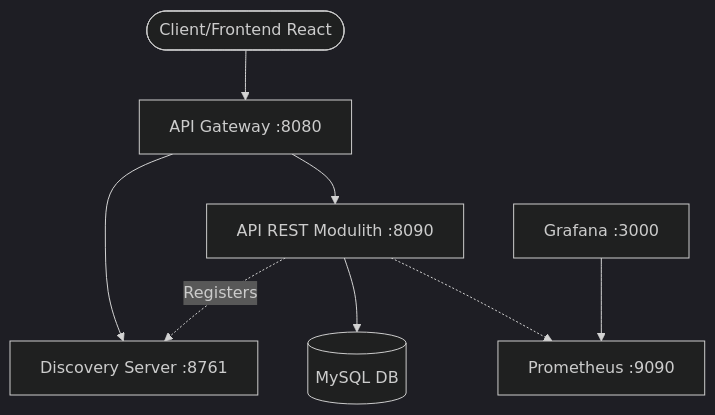
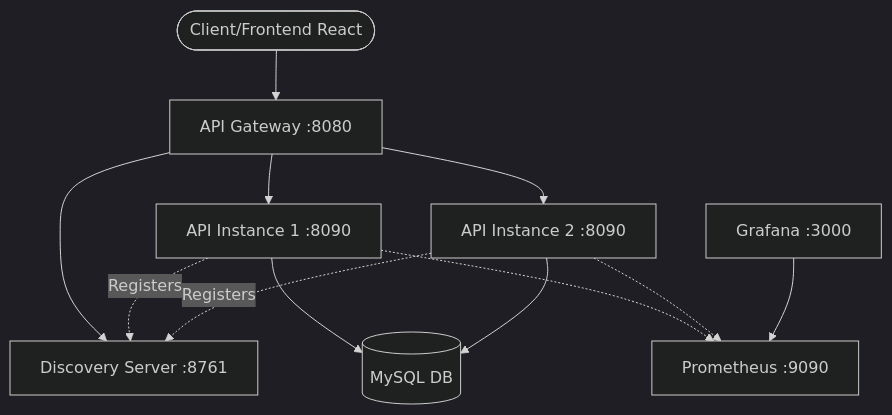
The diagram in README.md (juanmorschrott/api-rest), drawn with Mermaid (dark theme) before and after one commit. The commit also changed other lines of this file and 17 other files, not shown here.

````diff
--- a/README.md
+++ b/README.md
@@ -17,10 +18,14 @@
 ```mermaid
 graph TD
     Client([Client/Frontend React]) --> Gateway[API Gateway :8080]
     Gateway --> Discovery[Discovery Server :8761]
-    Gateway --> API[API REST Modulith :8090]
-    API -.-> |Registers| Discovery
-    API --> DB[(MySQL DB)]
-    API -.-> Prometheus[Prometheus Metrics]
+    Gateway --> API1[API Instance 1 :8090]
+    Gateway --> API2[API Instance 2 :8090]
+    API1 -.-> |Registers| Discovery
+    API2 -.-> |Registers| Discovery
+    API1 --> DB[(MySQL DB)]
+    API2 --> DB[(MySQL DB)]
+    API1 -.-> Prometheus[Prometheus Metrics]
+    API2 -.-> Prometheus
     Grafana[Grafana :3000] --> Prometheus[Prometheus :9090]
 ```
````
